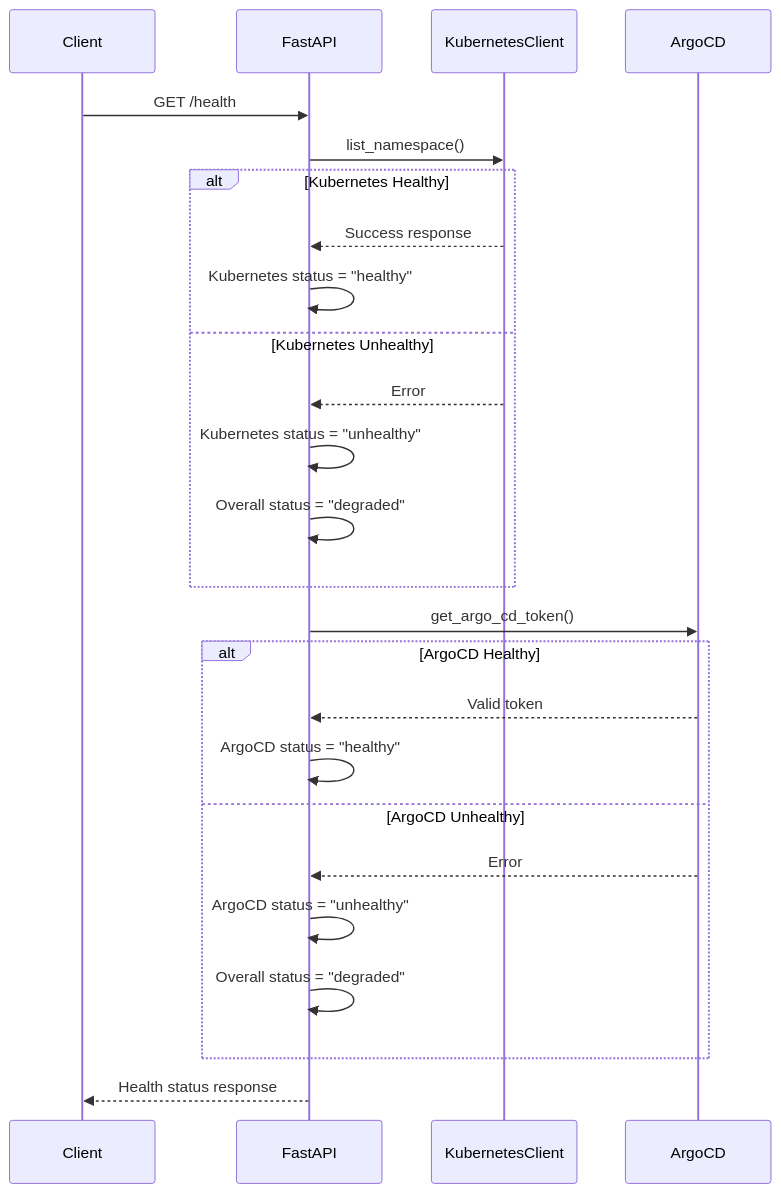
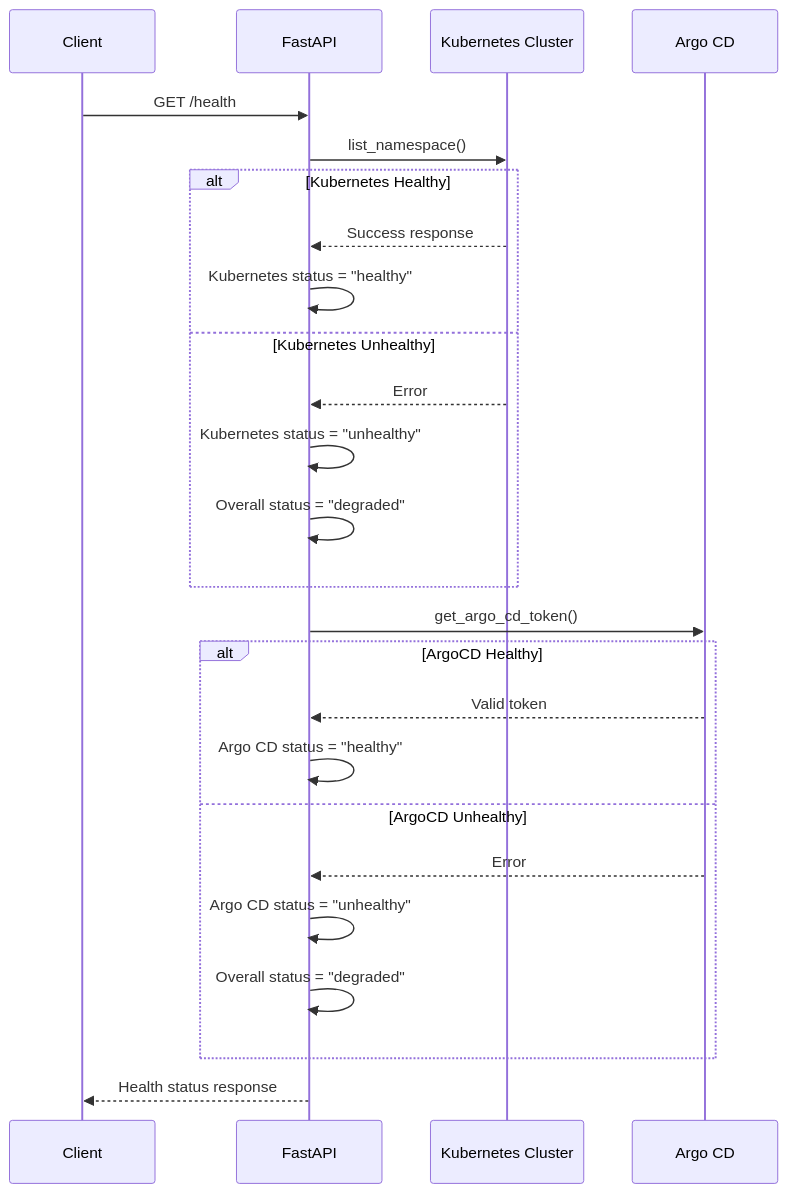
The diagram in fastapi/mermaid/health-check-sequence.mermaid (lloydchang/tvp-k8s), drawn with Mermaid before and after one commit. The commit also changed 11 other files, not shown here.

```diff
--- a/fastapi/mermaid/health-check-sequence.mermaid
+++ b/fastapi/mermaid/health-check-sequence.mermaid
@@ -1,29 +1,29 @@
 sequenceDiagram
     participant Client
     participant FastAPI
-    participant KubernetesClient
-    participant ArgoCD
+    participant Kubernetes as Kubernetes Cluster
+    participant ArgoCD as Argo CD
     
     Client->>FastAPI: GET /health
     
-    FastAPI->>KubernetesClient: list_namespace()
+    FastAPI->>Kubernetes: list_namespace()
     alt Kubernetes Healthy
-        KubernetesClient-->>FastAPI: Success response
+        Kubernetes-->>FastAPI: Success response
         FastAPI->>FastAPI: Kubernetes status = "healthy"
     else Kubernetes Unhealthy
-        KubernetesClient-->>FastAPI: Error
+        Kubernetes-->>FastAPI: Error
         FastAPI->>FastAPI: Kubernetes status = "unhealthy"
         FastAPI->>FastAPI: Overall status = "degraded"
     end
     
     FastAPI->>ArgoCD: get_argo_cd_token()
     alt ArgoCD Healthy
         ArgoCD-->>FastAPI: Valid token
-        FastAPI->>FastAPI: ArgoCD status = "healthy"
+        FastAPI->>FastAPI: Argo CD status = "healthy"
     else ArgoCD Unhealthy
         ArgoCD-->>FastAPI: Error
-        FastAPI->>FastAPI: ArgoCD status = "unhealthy"
+        FastAPI->>FastAPI: Argo  CD status = "unhealthy"
         FastAPI->>FastAPI: Overall status = "degraded"
     end
     
     FastAPI-->>Client: Health status response
```
